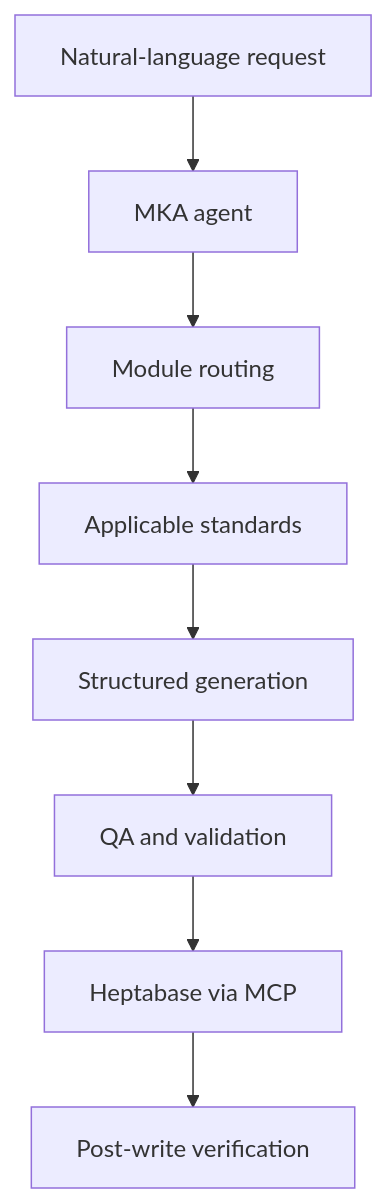
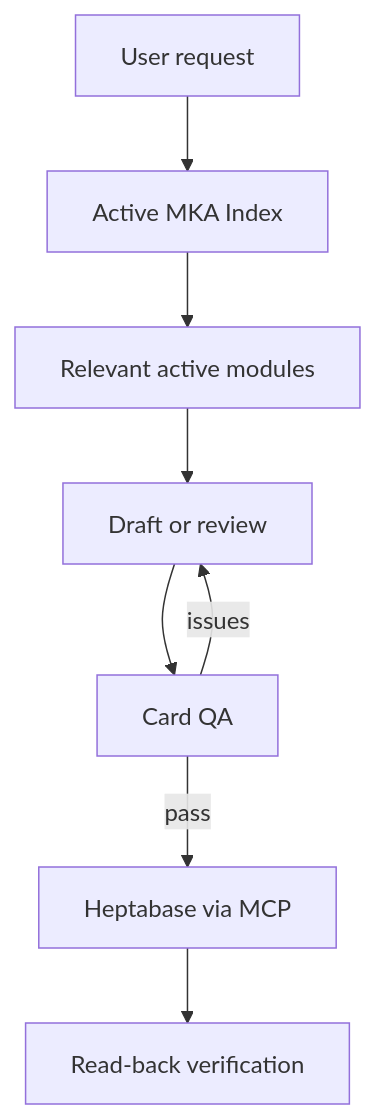
The diagram in README.md (QLisa/mka-ai-agent-demo), drawn with Mermaid before and after one commit. The commit also changed other lines of this file and 7 other files, not shown here.

````diff
--- a/README.md
+++ b/README.md
@@ -28,10 +28,10 @@
 ```mermaid
 flowchart TD
-    U["Natural-language request"] --> A["MKA agent"]
-    A --> R["Module routing"]
-    R --> S["Applicable standards"]
-    S --> G["Structured generation"]
-    G --> Q["QA and validation"]
-    Q --> M["Heptabase via MCP"]
-    M --> V["Post-write verification"]
+    U["User request"] --> I["Active MKA Index"]
+    I --> R["Relevant active modules"]
+    R --> D["Draft or review"]
+    D --> Q["Card QA"]
+    Q -->|pass| H["Heptabase via MCP"]
+    Q -->|issues| D
+    H --> V["Read-back verification"]
 ```
````
